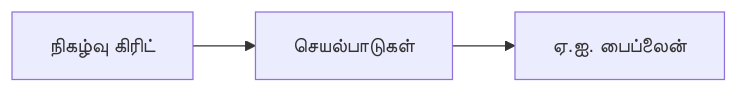
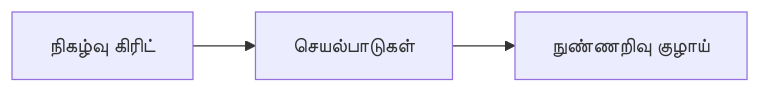
One commit to microsoft/AZD-for-beginners changed the second of 2 diagrams in translations/ta/docs/chapter-08-production/README.md. Above: the diagram before and after it, drawn with Mermaid. The commit also changed other lines of this file and 104 other files, not shown here.

````diff
--- a/translations/ta/docs/chapter-08-production/README.md
+++ b/translations/ta/docs/chapter-08-production/README.md
@@ -56,4 +57,4 @@
 ```mermaid
 graph LR
-    EventGrid[நிகழ்வு கிரிட்] --> Functions[செயல்பாடுகள்] --> Pipeline[ஏ.ஐ. பைப்லைன்]
+    EventGrid[நிகழ்வு கிரிட்] --> Functions[செயல்பாடுகள்] --> Pipeline[நுண்ணறிவு குழாய்]
 ```
````
